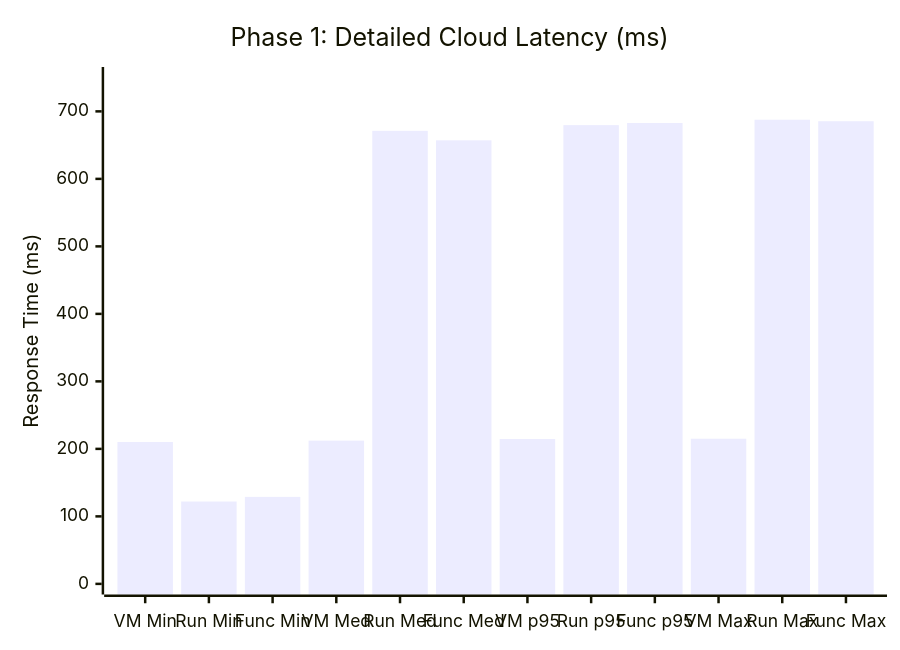
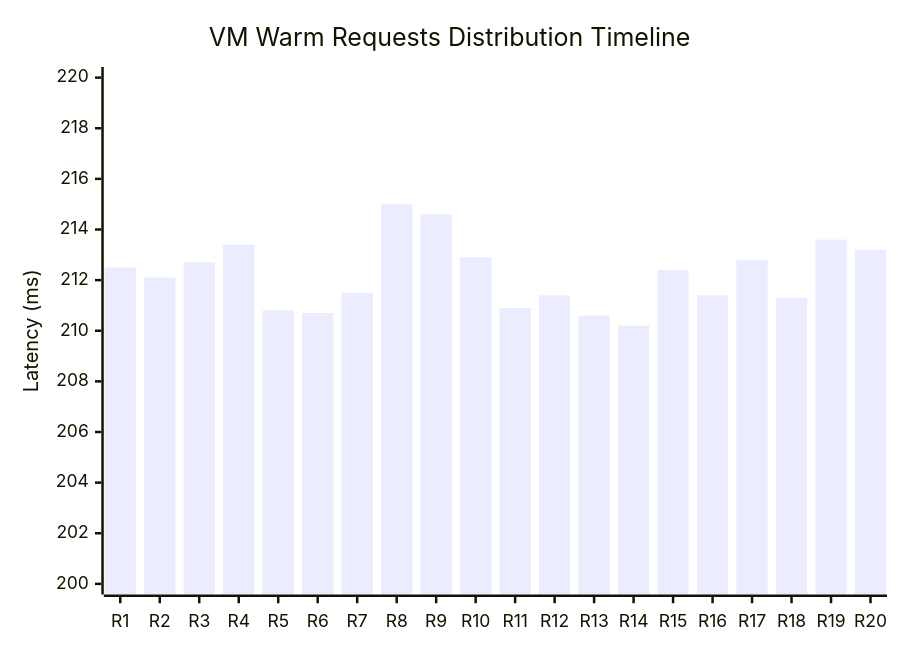
Before and after one commit to mshchukin/EURECOM-Clouds-Lab-2026: the second of 2 diagrams in submission/phase1_report.md, drawn with Mermaid. The commit also changed other lines of this file, not shown here.

Commit message:
Update latency comparison charts in phase1_report

````diff
--- a/submission/phase1_report.md
+++ b/submission/phase1_report.md
@@ -38,7 +39,7 @@
 ```mermaid
 xychart-beta
-    title "Phase 1: Detailed Cloud Latency (ms)"
-    x-axis ["VM Min", "Run Min", "Func Min", "VM Med", "Run Med", "Func Med", "VM p95", "Run p95", "Func p95", "VM Max", "Run Max", "Func Max"]
-    y-axis "Response Time (ms)" 0 --> 750
-    bar "Metric Value" [210.2, 122.0, 128.9, 212.2, 671.2, 657.1, 214.6, 679.6, 682.8, 215.0, 687.6, 685.4]
+    title "VM Warm Requests Distribution Timeline"
+    x-axis ["R1", "R2", "R3", "R4", "R5", "R6", "R7", "R8", "R9", "R10", "R11", "R12", "R13", "R14", "R15", "R16", "R17", "R18", "R19", "R20"]
+    y-axis "Latency (ms)" 200 --> 220
+    bar "VM Request Latency" [212.5, 212.1, 212.7, 213.4, 210.8, 210.7, 211.5, 215.0, 214.6, 212.9, 210.9, 211.4, 210.6, 210.2, 212.4, 211.4, 212.8, 211.3, 213.6, 213.2]
 ```
````
